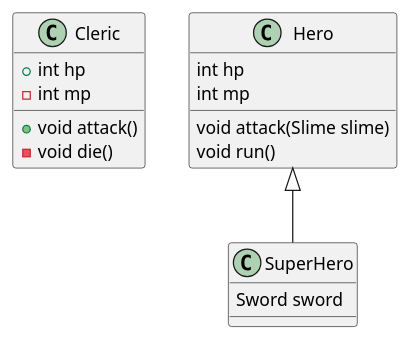
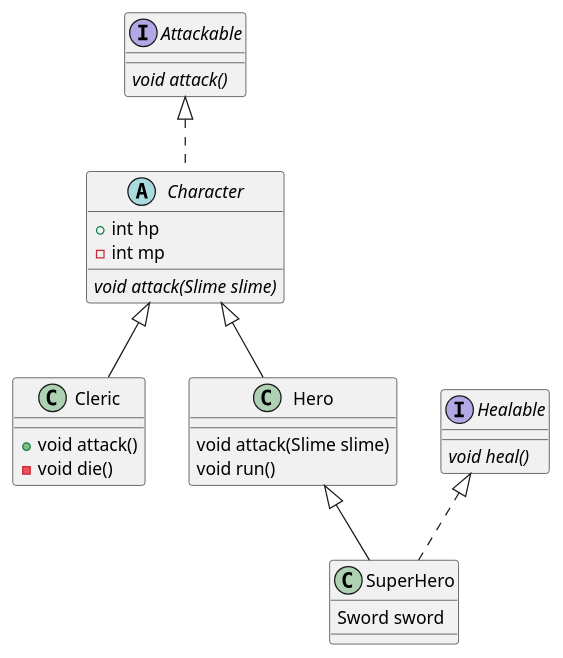
The diagram in lib/game.puml (hojun-jo/sesac7_dart_study), drawn with PlantUML before and after one commit.

Commit message:
docs: puml 예시 추가

```diff
--- a/lib/game.puml
+++ b/lib/game.puml
@@ -1,22 +1,32 @@
 @startuml 
 
-class Cleric {
+interface Attackable {
+    {abstract} void attack()
+}
+
+interface Healable {
+    {abstract} void heal()
+}
+
+abstract class Character implements Attackable {
     + int hp
     - int mp
 
+    {abstract} void attack(Slime slime)
+}
+
+class Cleric extends Character {
     + void attack()
     - void die()
 }
 
-class Hero {
-    int hp
-    int mp
+class Hero extends Character {
     void attack(Slime slime)
     void run()
 }
 
-class SuperHero extends Hero {
+class SuperHero extends Hero implements Healable {
     Sword sword
 }
 
 @enduml
```
